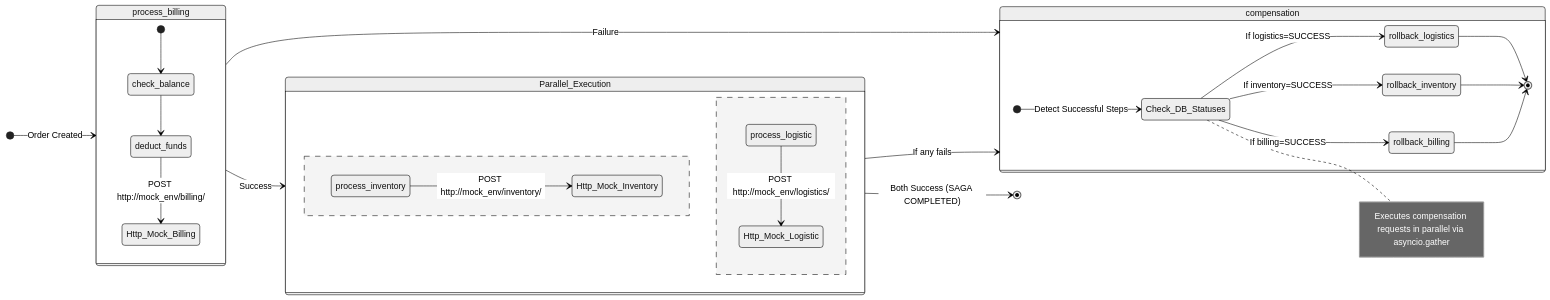
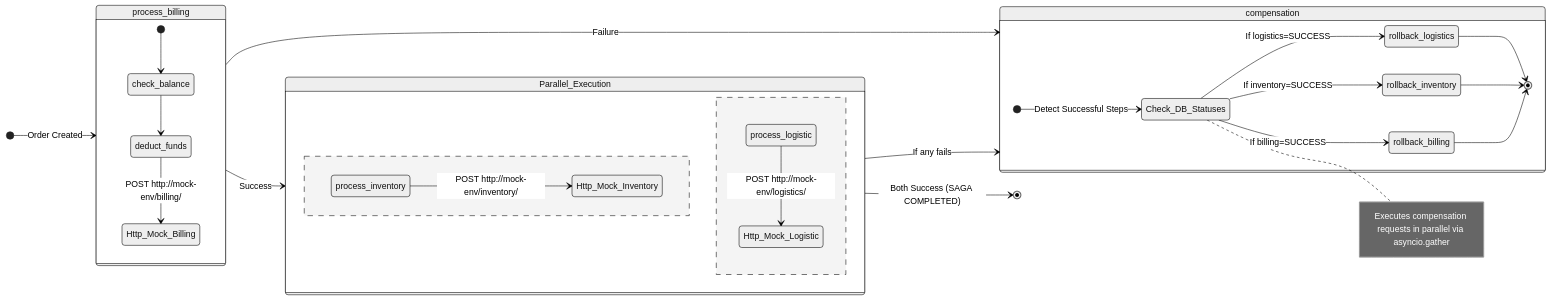
Before and after one commit to DarcRosya/saga-orchestrator-pattern: the diagram in docs/architecture/SAGA_ORCHESTRATOR.md, drawn with Mermaid (neutral theme). The commit also changed other lines of this file and 5 other files, not shown here.

````diff
--- a/docs/architecture/SAGA_ORCHESTRATOR.md
+++ b/docs/architecture/SAGA_ORCHESTRATOR.md
@@ -11,35 +11,35 @@
 ```mermaid
 stateDiagram
     direction LR
     [*] --> process_billing: Order Created
     
     state process_billing {
         [*] --> check_balance
         check_balance --> deduct_funds
-        deduct_funds --> Http_Mock_Billing: POST http://mock_env/billing/
+      deduct_funds --> Http_Mock_Billing: POST http://mock-env/billing/
     }
     
     process_billing --> Parallel_Execution: Success
     process_billing --> compensation : Failure
     
     state Parallel_Execution {
         direction LR
-        process_inventory --> Http_Mock_Inventory: POST http://mock_env/inventory/
+      process_inventory --> Http_Mock_Inventory: POST http://mock-env/inventory/
         --
-        process_logistic --> Http_Mock_Logistic: POST http://mock_env/logistics/
+      process_logistic --> Http_Mock_Logistic: POST http://mock-env/logistics/
     }
     
     Parallel_Execution --> [*] : Both Success (SAGA COMPLETED)
     Parallel_Execution --> compensation : If any fails
 
     state compensation {
         [*] --> Check_DB_Statuses: Detect Successful Steps
         Check_DB_Statuses --> rollback_logistics: If logistics=SUCCESS
         Check_DB_Statuses --> rollback_inventory: If inventory=SUCCESS
         Check_DB_Statuses --> rollback_billing: If billing=SUCCESS
         rollback_logistics --> [*]
         rollback_inventory --> [*]
         rollback_billing --> [*]
         note right of Check_DB_Statuses: Executes compensation requests in parallel via asyncio.gather
     }
 ```
````
